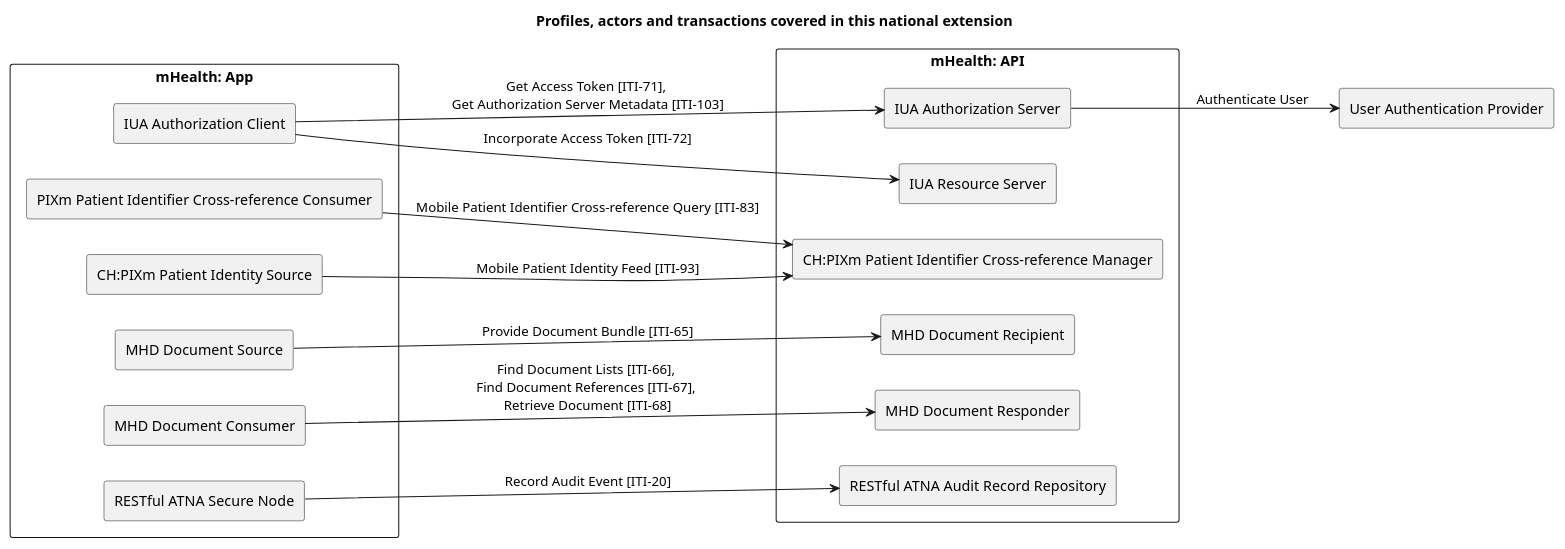
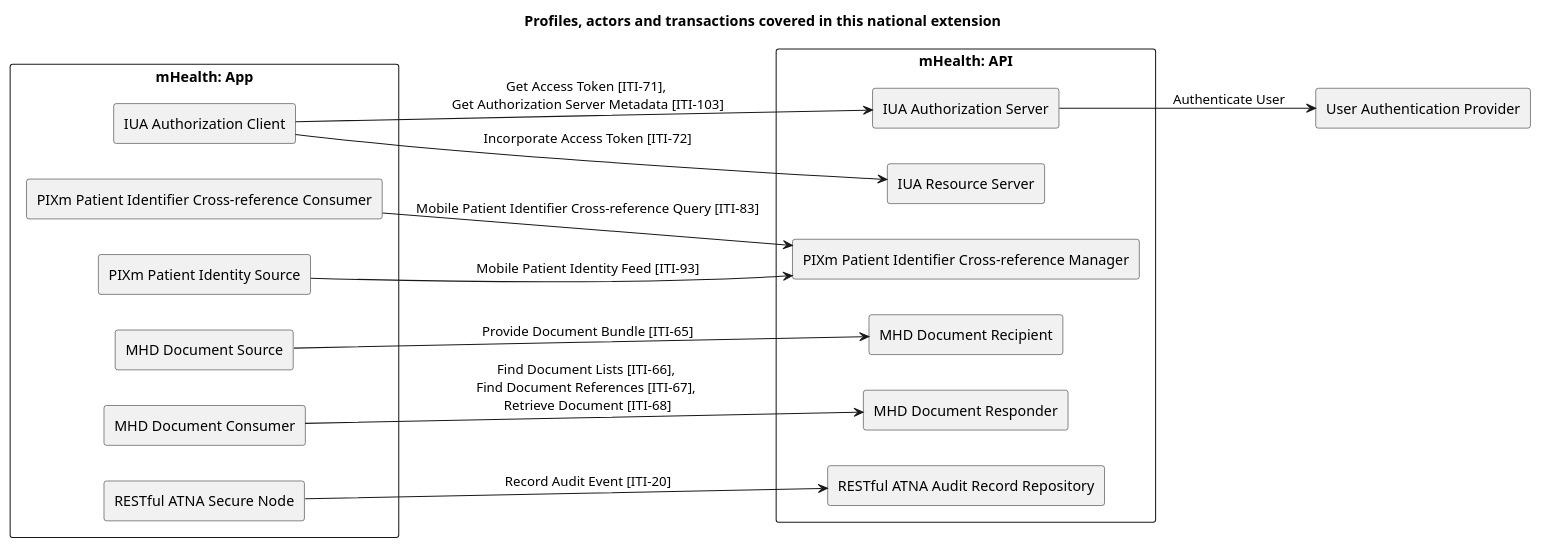
Before and after one commit to ehealthsuisse/ch-epr-fhir: the diagram in input/images-source/overview.plantuml, drawn with PlantUML. The commit also changed 17 other files, not shown here.

```diff
--- a/input/images-source/overview.plantuml
+++ b/input/images-source/overview.plantuml
@@ -1,45 +1,45 @@
 @startuml
 
 title **Profiles, actors and transactions covered in this national extension**
 
 skinparam componentStyle rectangle
 skinparam svgDimensionStyle false
 
 left to right direction
 
 component "mHealth: App" {
   [IUA Authorization Client] as IUAClient
 
   [PIXm Patient Identifier Cross-reference Consumer] as PIXmConsumer
-  [CH:PIXm Patient Identity Source] as PIXmSource
+  [PIXm Patient Identity Source] as PIXmSource
 
   [MHD Document Source] as MHDSource
   [MHD Document Consumer] as MHDConsumer
 
   [RESTful ATNA Secure Node] as ATNANode
 }
 
 component "mHealth: API" {
   [IUA Authorization Server] as IUAAuthServer
   IUAClient -> IUAAuthServer : Get Access Token [ITI-71], \nGet Authorization Server Metadata [ITI-103]
   [IUA Resource Server] as IUAResourceServer
   IUAClient --> IUAResourceServer : Incorporate Access Token [ITI-72]
 
-  [CH:PIXm Patient Identifier Cross-reference Manager] as PIXmManager
+  [PIXm Patient Identifier Cross-reference Manager] as PIXmManager
   PIXmConsumer --> PIXmManager : Mobile Patient Identifier Cross-reference Query [ITI-83]
   PIXmSource --> PIXmManager : Mobile Patient Identity Feed [ITI-93]
 
   [MHD Document Recipient] as MHDRecipient
   MHDSource --> MHDRecipient : Provide Document Bundle [ITI-65]
 
   [MHD Document Responder] as MHDResponder
   MHDConsumer --> MHDResponder : Find Document Lists [ITI-66], \nFind Document References [ITI-67], \nRetrieve Document [ITI-68] 
 
   [RESTful ATNA Audit Record Repository] as ATNARepository
   ATNANode --> ATNARepository : Record Audit Event [ITI-20]
 }
 
 [User Authentication Provider] as UAProvider
 IUAAuthServer --> UAProvider : Authenticate User
 
 @enduml
```
